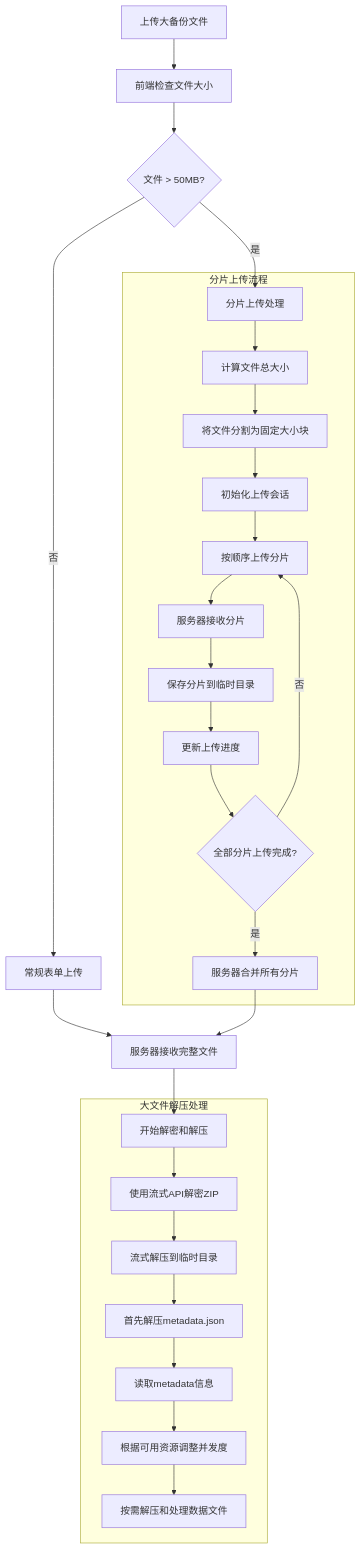
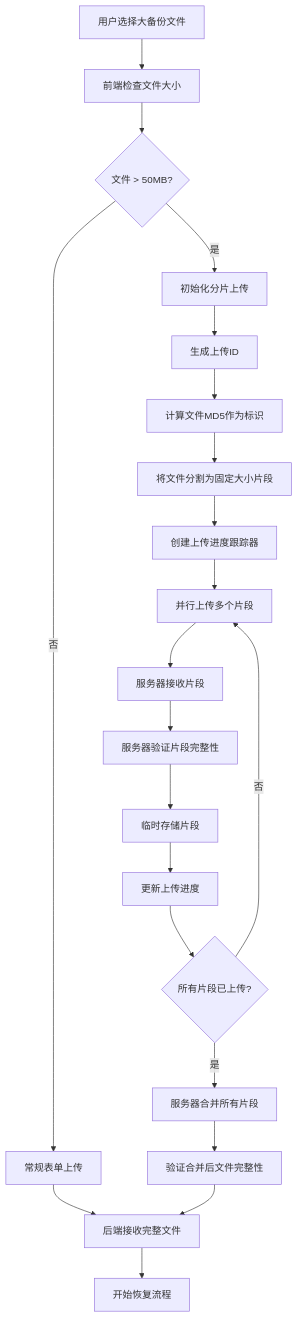
One commit to yingjianzh/iodraw-files changed the diagram in all/未命名-61.md. Above: the diagram before and after it, drawn with Mermaid.

Commit message:
2025-05-15 18:31:05 update

````diff
--- a/all/未命名-61.md
+++ b/all/未命名-61.md
@@ -1,37 +1,31 @@
 ```mermaid
 flowchart TD
-    A[上传大备份文件] --> B[前端检查文件大小]
+    A[用户选择大备份文件] --> B[前端检查文件大小]
     B --> C{文件 > 50MB?}
     
     C -->|否| D1[常规表单上传]
-    C -->|是| D2[分片上传处理]
+    C -->|是| D2[初始化分片上传]
     
-    subgraph 分片上传流程
-        D2 --> E[计算文件总大小]
-        E --> F[将文件分割为固定大小块]
-        F --> G[初始化上传会话]
-        
-        G --> H[按顺序上传分片]
-        H --> I[服务器接收分片]
-        I --> J[保存分片到临时目录]
-        J --> K[更新上传进度]
-        
-        K --> L{全部分片上传完成?}
-        L -->|否| H
-        L -->|是| M[服务器合并所有分片]
-    end
+    D2 --> E[生成上传ID]
+    E --> F[计算文件MD5作为标识]
+    F --> G[将文件分割为固定大小片段]
     
-    D1 --> N[服务器接收完整文件]
-    M --> N
+    G --> H[创建上传进度跟踪器]
+    H --> I[并行上传多个片段]
     
-    N --> O[开始解密和解压]
+    I --> J[服务器接收片段]
+    J --> K[服务器验证片段完整性]
+    K --> L[临时存储片段]
     
-    subgraph 大文件解压处理
-        O --> P[使用流式API解密ZIP]
-        P --> Q[流式解压到临时目录]
-        Q --> R[首先解压metadata.json]
-        R --> S[读取metadata信息]
-        S --> T[根据可用资源调整并发度]
-        T --> U[按需解压和处理数据文件]
-    end
+    L --> M[更新上传进度]
+    M --> N{所有片段已上传?}
+    N -->|否| I
+    
+    N -->|是| O[服务器合并所有片段]
+    O --> P[验证合并后文件完整性]
+    
+    D1 --> Q[后端接收完整文件]
+    P --> Q
+    
+    Q --> R[开始恢复流程]
 ```
````
